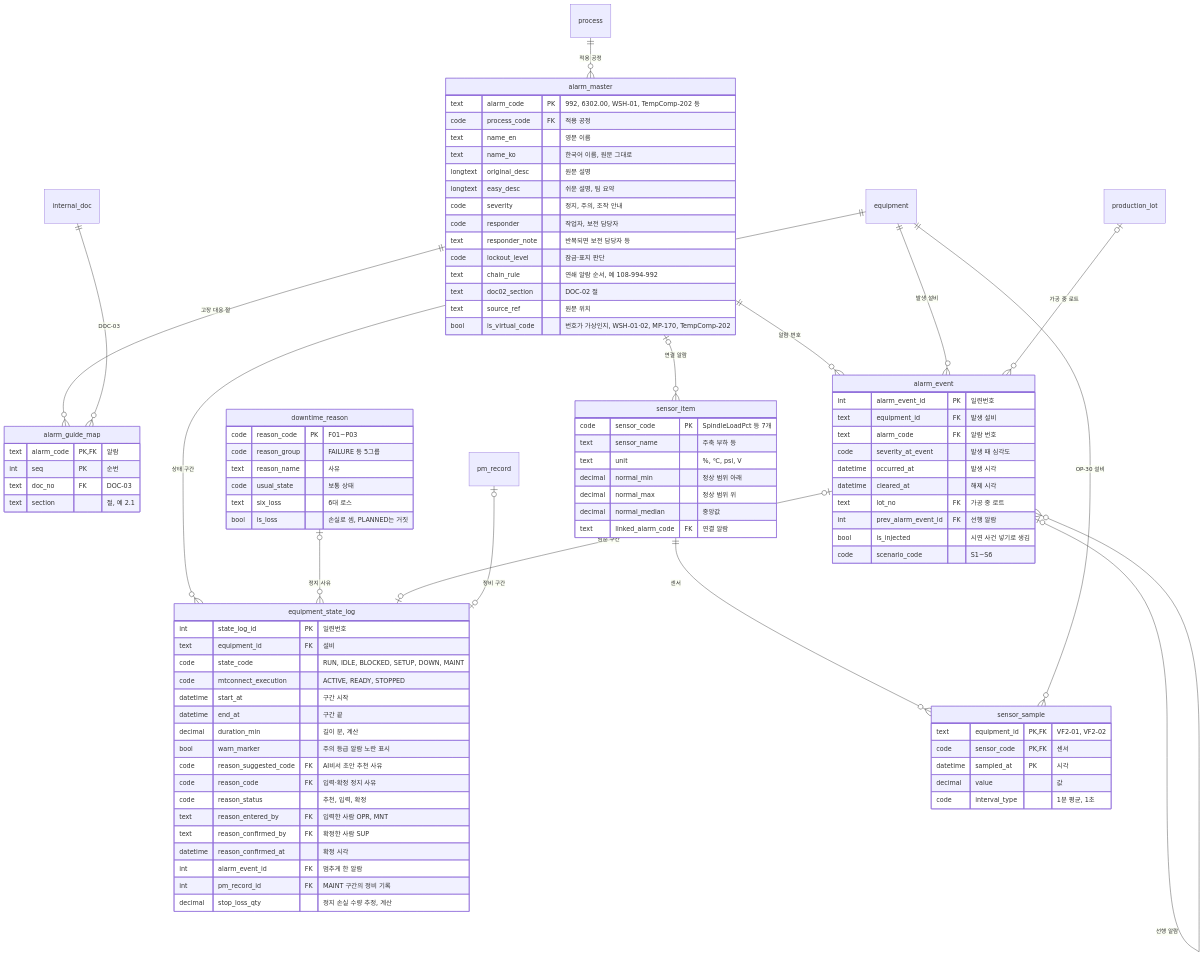
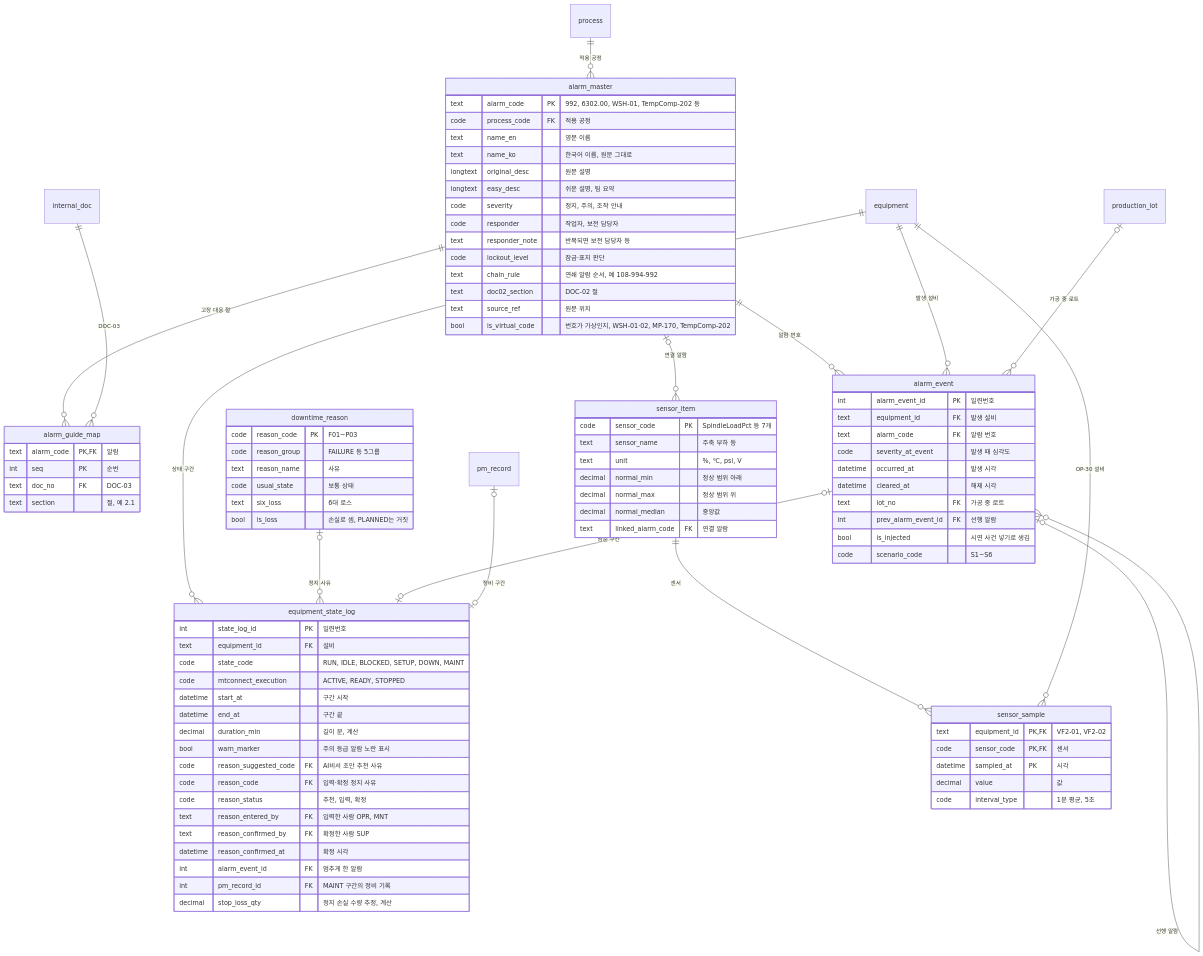
The fourth of 9 diagrams in 11_automotive/논리ERD_최종본.md (Ion-Mill/VF-2), drawn with Mermaid before and after one commit. The commit also changed other lines of this file and 6 other files, not shown here.

```diff
--- a/11_automotive/논리ERD_최종본.md
+++ b/11_automotive/논리ERD_최종본.md
@@ -595,7 +595,7 @@
         code sensor_code PK, FK "센서"
         datetime sampled_at PK "시각"
         decimal value "값"
-        code interval_type "1분 평균, 1초"
+        code interval_type "1분 평균, 5초"
     }
     process ||--o{ alarm_master : "적용 공정"
     alarm_master ||--o{ alarm_guide_map : "고장 대응 절"
```
